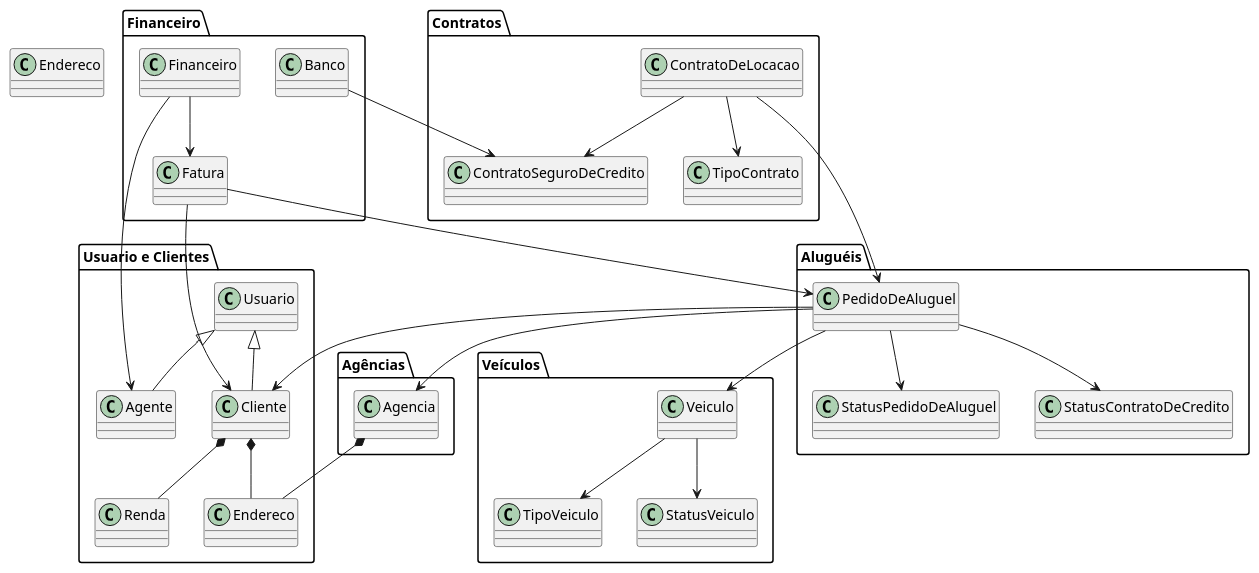
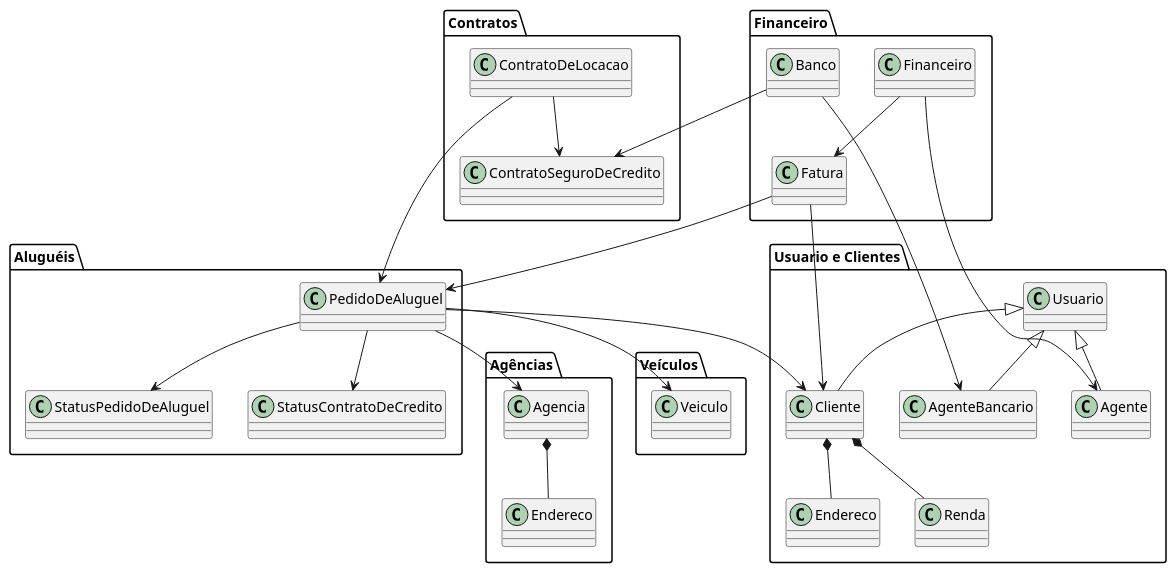
The diagram in projeto/diagrama_de_pacotes.puml (software-engineering-graduation/sistema_aluguel_carros-lds2024), drawn with PlantUML before and after one commit.

```diff
--- a/projeto/diagrama_de_pacotes.puml
+++ b/projeto/diagrama_de_pacotes.puml
@@ -1,65 +1,61 @@
 @startuml
 
 package "Usuario e Clientes" {
     class Usuario
     class Cliente
+    class Endereco
     class Renda
     class Agente
+    class AgenteBancario
 
     Cliente *-- Endereco
     Cliente *-- Renda
 }
 
 package "Agências" {
     class Agencia
+    class Endereco
 
     Agencia *-- Endereco
 }
 
 package "Veículos" {
     class Veiculo
-    class TipoVeiculo
-    class StatusVeiculo
-
-    Veiculo --> TipoVeiculo
-    Veiculo --> StatusVeiculo
 }
 
 package "Aluguéis" {
     class PedidoDeAluguel
 
     PedidoDeAluguel --> Cliente
     PedidoDeAluguel --> Agencia
     PedidoDeAluguel --> Veiculo
     PedidoDeAluguel --> StatusPedidoDeAluguel
     PedidoDeAluguel --> StatusContratoDeCredito
 }
 
 package "Contratos" {
     class ContratoDeLocacao
     class ContratoSeguroDeCredito
-    class TipoContrato
 
     ContratoDeLocacao --> PedidoDeAluguel
     ContratoDeLocacao --> ContratoSeguroDeCredito
-    ContratoDeLocacao --> TipoContrato
 }
 
 package "Financeiro" {
     class Financeiro
     class Fatura
     class Banco
 
     Financeiro --> Fatura
     Fatura --> Cliente
     Fatura --> PedidoDeAluguel
     Financeiro --> Agente
     Banco --> ContratoSeguroDeCredito
+    Banco --> AgenteBancario
 }
-
-class Endereco
 
 Usuario <|-- Agente
 Usuario <|-- Cliente
+Usuario <|-- AgenteBancario
 
 @enduml
```
